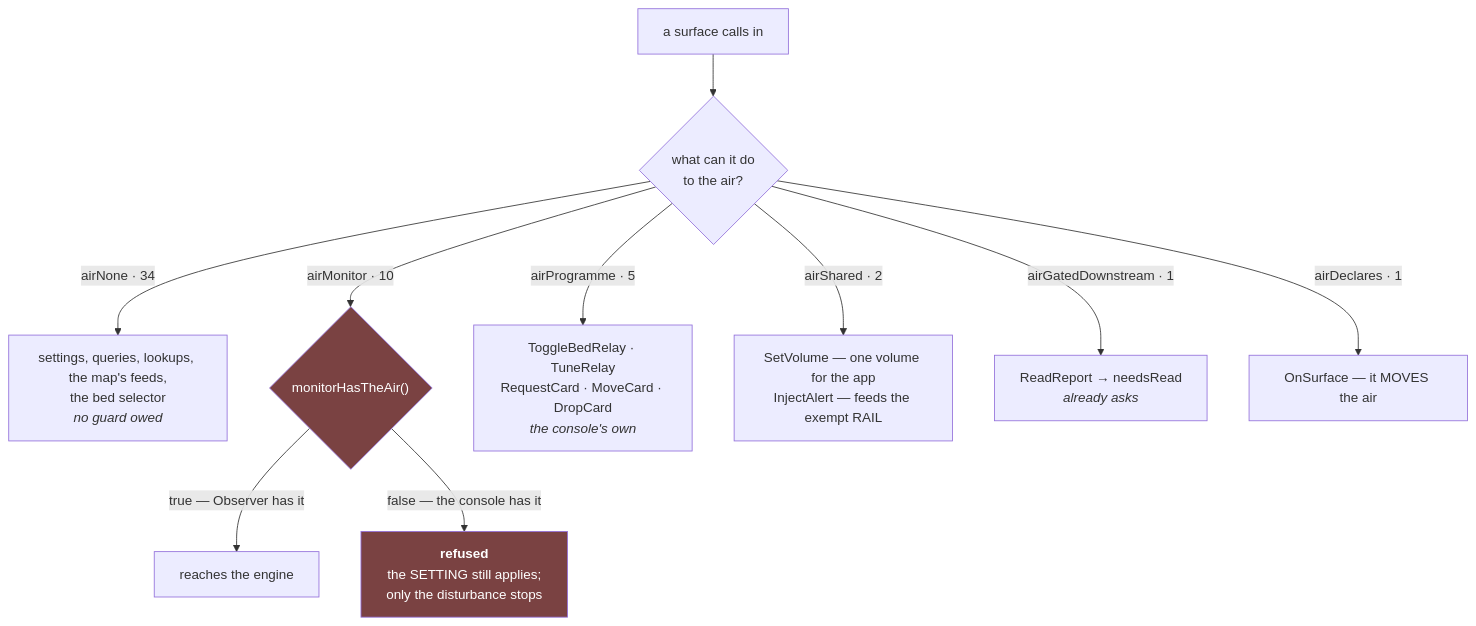
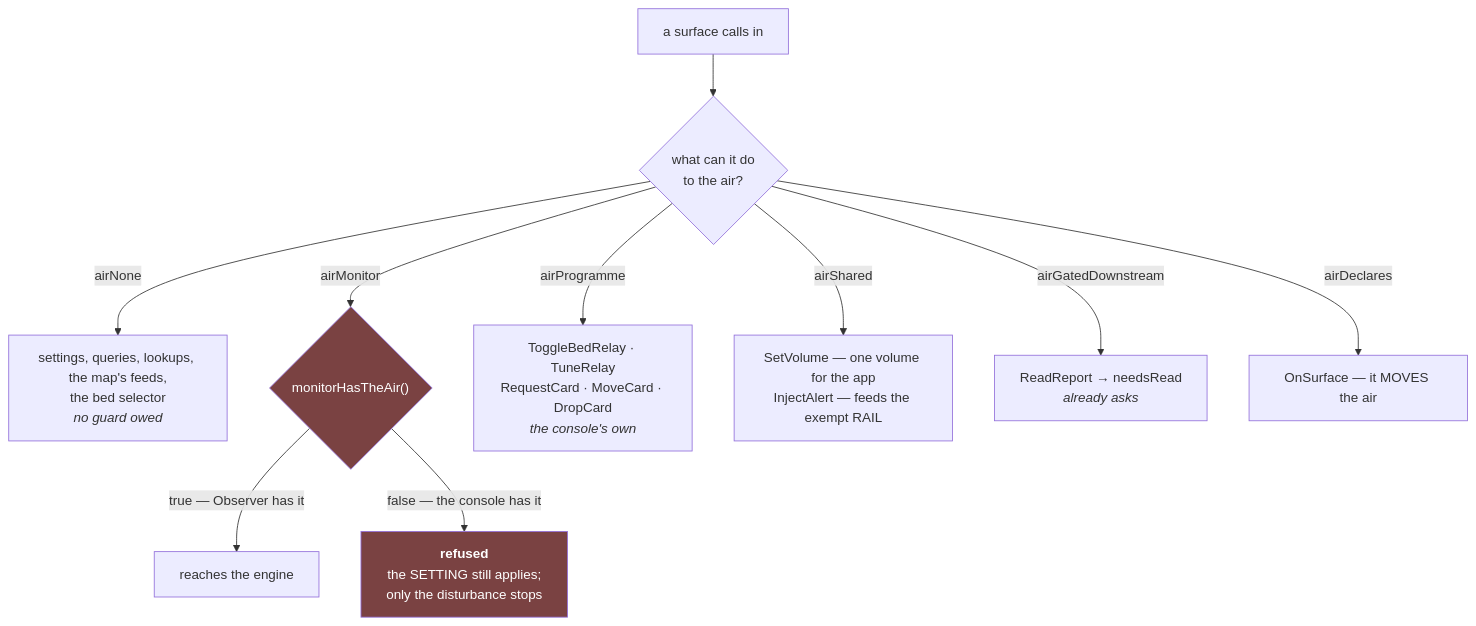
The fourth of 5 diagrams in 06_docs/02_features/0.16.0-broadcaster-ui/03-architecture-design/as-built-air-and-deck.md (branden-thompson/watchpost), drawn with Mermaid before and after one commit. The commit also changed other lines of this file and 709 other files, not shown here.

````diff
--- a/06_docs/02_features/0.16.0-broadcaster-ui/03-architecture-design/as-built-air-and-deck.md
+++ b/06_docs/02_features/0.16.0-broadcaster-ui/03-architecture-design/as-built-air-and-deck.md
@@ -128,17 +129,17 @@
 ```mermaid
 flowchart TB
   SURF["a surface calls in"] --> CLS{"what can it do<br/>to the air?"}
 
-  CLS -->|airNone · 34| NONE["settings, queries, lookups, the map's feeds,<br/>the bed selector<br/><i>no guard owed</i>"]
-  CLS -->|airMonitor · 10| MON{"monitorHasTheAir()"}
-  CLS -->|airProgramme · 5| PROG["ToggleBedRelay · TuneRelay<br/>RequestCard · MoveCard · DropCard<br/><i>the console's own</i>"]
-  CLS -->|airShared · 2| SHR["SetVolume — one volume for the app<br/>InjectAlert — feeds the exempt RAIL"]
-  CLS -->|airGatedDownstream · 1| GD["ReadReport → needsRead<br/><i>already asks</i>"]
-  CLS -->|airDeclares · 1| DEC["OnSurface — it MOVES the air"]
+  CLS -->|airNone| NONE["settings, queries, lookups, the map's feeds,<br/>the bed selector<br/><i>no guard owed</i>"]
+  CLS -->|airMonitor| MON{"monitorHasTheAir()"}
+  CLS -->|airProgramme| PROG["ToggleBedRelay · TuneRelay<br/>RequestCard · MoveCard · DropCard<br/><i>the console's own</i>"]
+  CLS -->|airShared| SHR["SetVolume — one volume for the app<br/>InjectAlert — feeds the exempt RAIL"]
+  CLS -->|airGatedDownstream| GD["ReadReport → needsRead<br/><i>already asks</i>"]
+  CLS -->|airDeclares| DEC["OnSurface — it MOVES the air"]
 
   MON -->|"true — Observer has it"| DO["reaches the engine"]
   MON -->|"false — the console has it"| REF["<b>refused</b><br/>the SETTING still applies;<br/>only the disturbance stops"]
 
   style MON fill:#7a4242,color:#fff
   style REF fill:#7a4242,color:#fff
 ```
````
